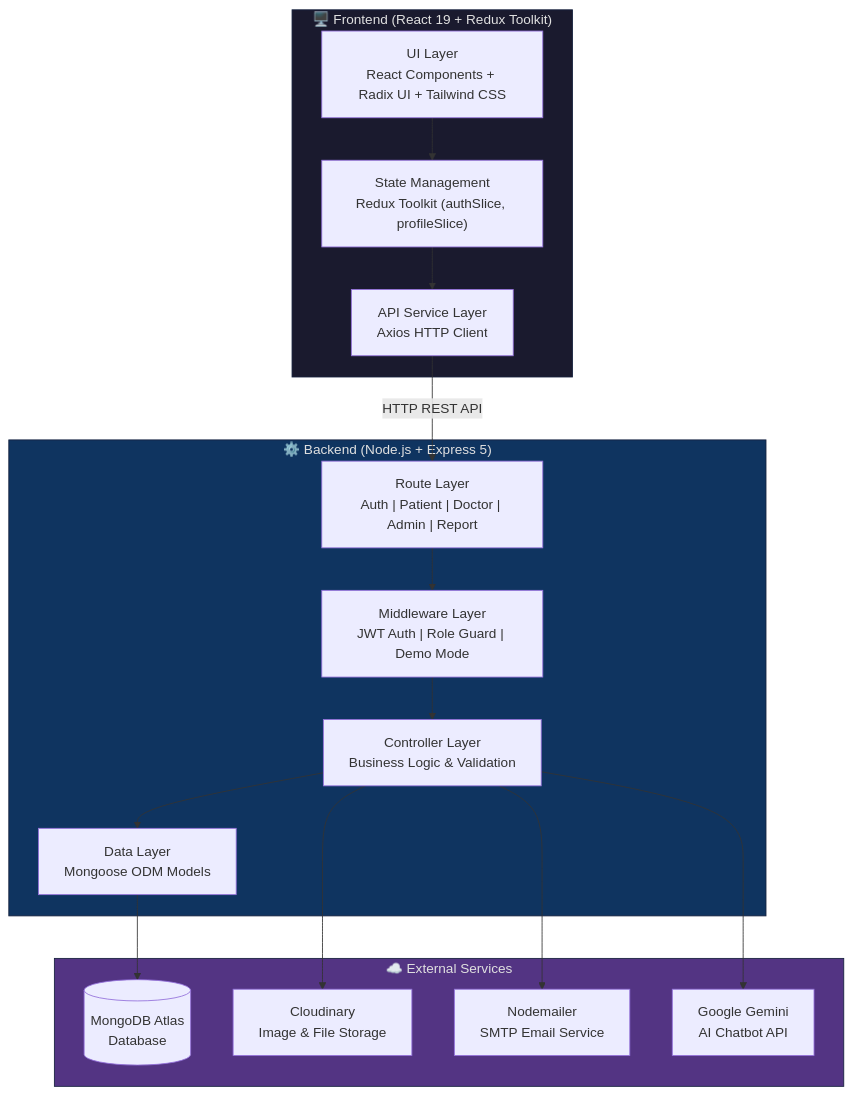
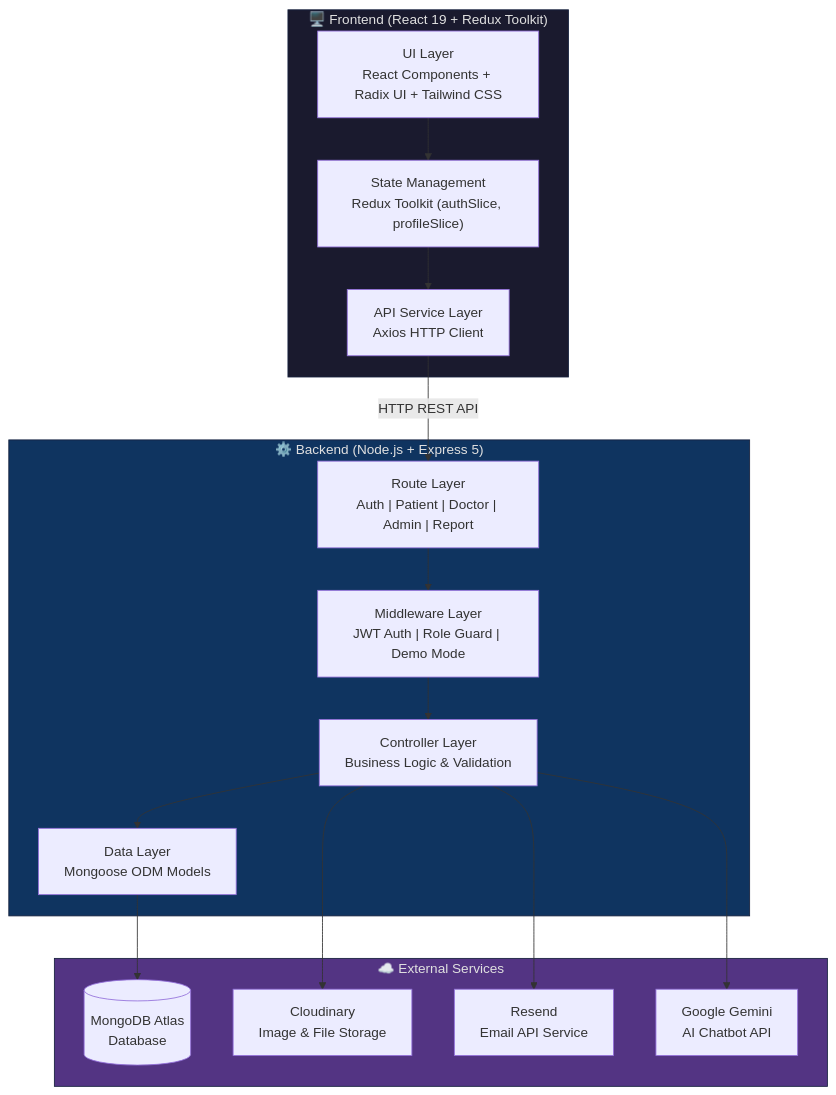
The first of 7 diagrams in README.md (Gagan202005/Hospital_Management_System), drawn with Mermaid before and after one commit. The commit also changed other lines of this file, not shown here.

Commit message:
Update README: switch email docs from Nodemailer/Gmail to Resend API with custom domain

````diff
--- a/README.md
+++ b/README.md
@@ -89,37 +89,37 @@
 ```mermaid
 graph TB
     subgraph Client["🖥️ Frontend (React 19 + Redux Toolkit)"]
         UI["UI Layer<br/>React Components + Radix UI + Tailwind CSS"]
         STATE["State Management<br/>Redux Toolkit (authSlice, profileSlice)"]
         SERVICES["API Service Layer<br/>Axios HTTP Client"]
     end
 
     subgraph Server["⚙️ Backend (Node.js + Express 5)"]
         ROUTES["Route Layer<br/>Auth | Patient | Doctor | Admin | Report"]
         MW["Middleware Layer<br/>JWT Auth | Role Guard | Demo Mode"]
         CTRL["Controller Layer<br/>Business Logic & Validation"]
         MODELS["Data Layer<br/>Mongoose ODM Models"]
     end
 
     subgraph External["☁️ External Services"]
         DB[("MongoDB Atlas<br/>Database")]
         CLOUD["Cloudinary<br/>Image & File Storage"]
-        MAIL["Nodemailer<br/>SMTP Email Service"]
+        MAIL["Resend<br/>Email API Service"]
         GEMINI["Google Gemini<br/>AI Chatbot API"]
     end
 
     UI --> STATE
     STATE --> SERVICES
     SERVICES -- "HTTP REST API" --> ROUTES
     ROUTES --> MW
     MW --> CTRL
     CTRL --> MODELS
     MODELS --> DB
     CTRL --> CLOUD
     CTRL --> MAIL
     CTRL --> GEMINI
 
     style Client fill:#1a1a2e,stroke:#16213e,color:#e0e0e0
     style Server fill:#0f3460,stroke:#16213e,color:#e0e0e0
     style External fill:#533483,stroke:#16213e,color:#e0e0e0
 ```
````
